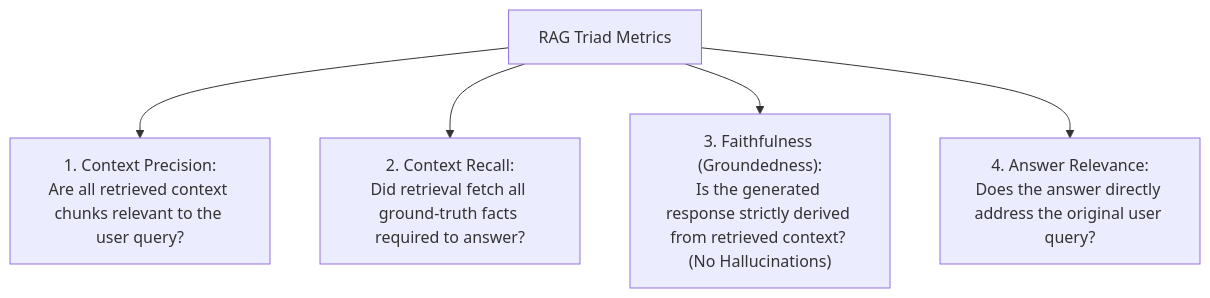
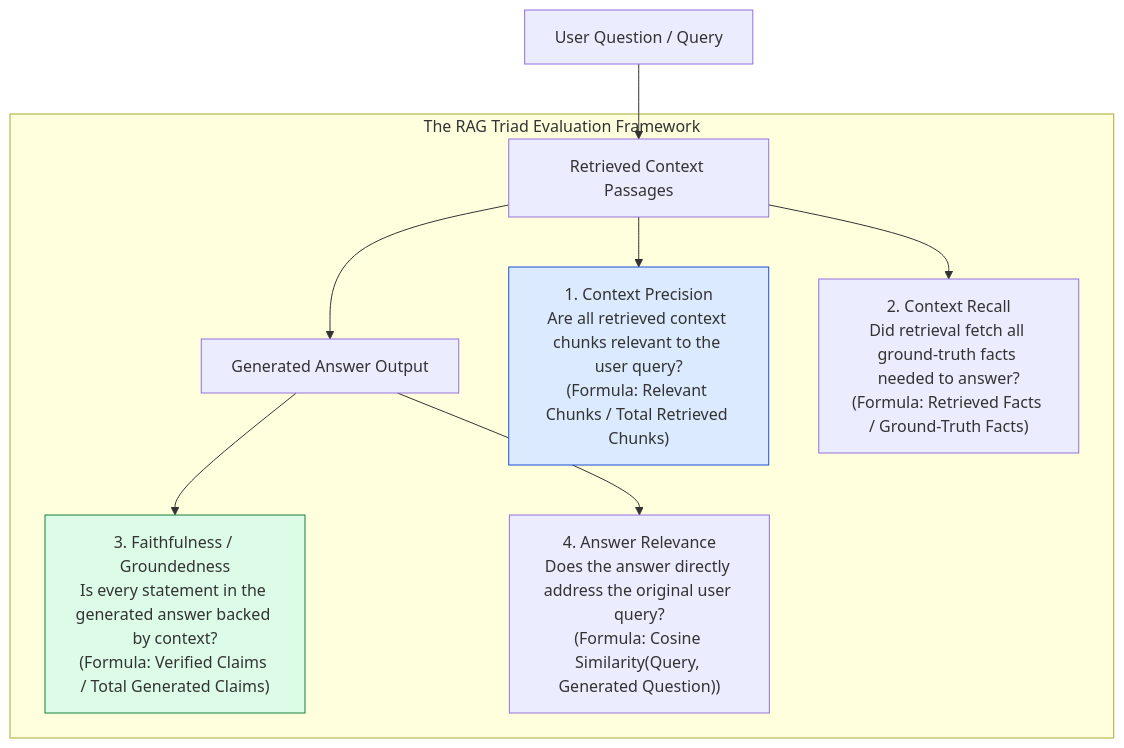
Before and after one commit to Amie-dev/engineering-playbook: the first of 3 diagrams in agentic-ai-notes/00-foundations/15-evaluation-and-testing.md, drawn with Mermaid. The commit also changed other lines of this file and 17 other files, not shown here.

Commit message:
Refactor observability and tracing documentation to enhance clarity and detail; expand Model Context Protocol (MCP) architecture with JSON-RPC primitives; update decision framework to emphasize architectural complexity and decision-making processes.

````diff
--- a/agentic-ai-notes/00-foundations/15-evaluation-and-testing.md
+++ b/agentic-ai-notes/00-foundations/15-evaluation-and-testing.md
@@ -10,7 +13,18 @@
 ```mermaid
-graph TD
-    RAGTriad[RAG Triad Metrics] --> Precision["1. Context Precision:<br/>Are all retrieved context chunks relevant to the user query?"]
-    RAGTriad --> Recall["2. Context Recall:<br/>Did retrieval fetch all ground-truth facts required to answer?"]
-    RAGTriad --> Faithfulness["3. Faithfulness (Groundedness):<br/>Is the generated response strictly derived from retrieved context? (No Hallucinations)"]
-    RAGTriad --> Relevance["4. Answer Relevance:<br/>Does the answer directly address the original user query?"]
+flowchart TD
+    UserQuery[User Question / Query] --> ContextRetrieval[Retrieved Context Passages]
+    ContextRetrieval --> ModelAnswer[Generated Answer Output]
+
+    subgraph The RAG Triad Evaluation Framework
+        ContextRetrieval --> Metric1["1. Context Precision<br/>Are all retrieved context chunks relevant to the user query?<br/>(Formula: Relevant Chunks / Total Retrieved Chunks)"]
+        
+        ContextRetrieval --> Metric2["2. Context Recall<br/>Did retrieval fetch all ground-truth facts needed to answer?<br/>(Formula: Retrieved Facts / Ground-Truth Facts)"]
+
+        ModelAnswer --> Metric3["3. Faithfulness / Groundedness<br/>Is every statement in the generated answer backed by context?<br/>(Formula: Verified Claims / Total Generated Claims)"]
+
+        ModelAnswer --> Metric4["4. Answer Relevance<br/>Does the answer directly address the original user query?<br/>(Formula: Cosine Similarity(Query, Generated Question))"]
+    end
+
+    style Metric3 fill:#dcfce7,stroke:#15803d
+    style Metric1 fill:#dbeafe,stroke:#1d4ed8
 ```
````
